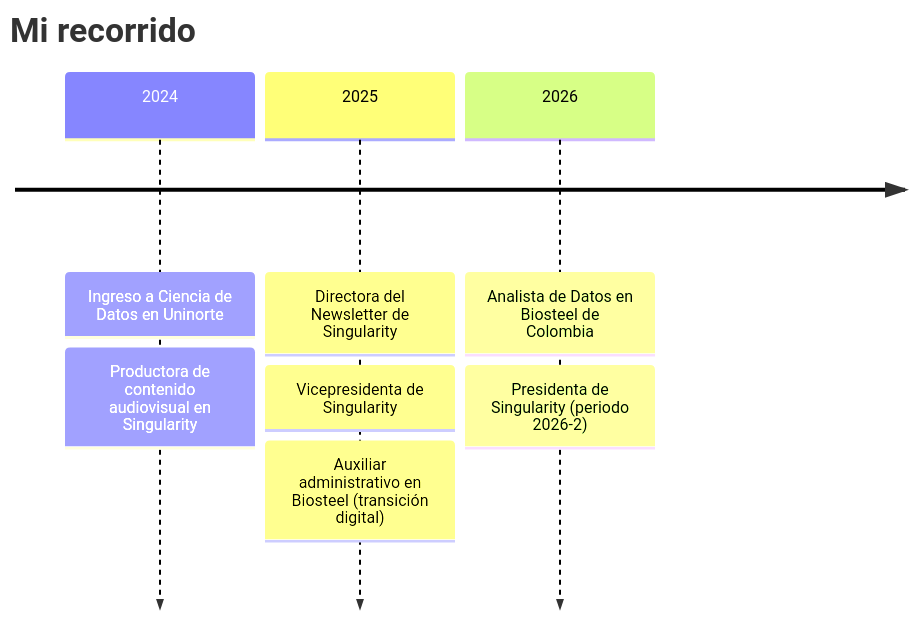
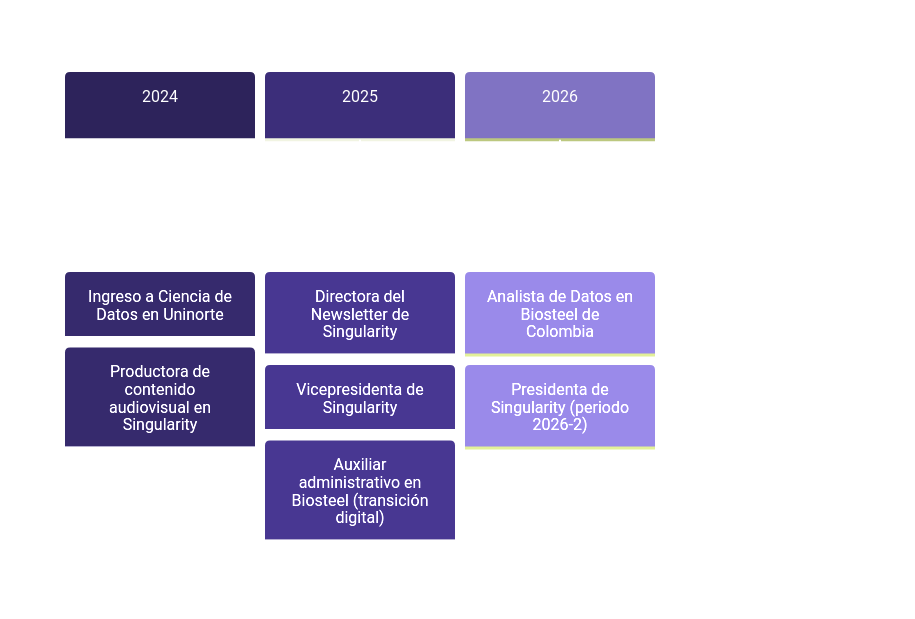
One commit to valeriaflorezs/valeriaflorezs changed the diagram in README.md. Above: the diagram before and after it, drawn with Mermaid. The commit also changed other lines of this file and 10 other files, not shown here.

````diff
--- a/README.md
+++ b/README.md
@@ -153,11 +165,12 @@
 ```mermaid
+%%{init: {'theme':'base','themeVariables':{'primaryColor':'#3C2E7A','primaryTextColor':'#FFFFFF','primaryBorderColor':'#8073C3','lineColor':'#A594F1','secondaryColor':'#8073C3','tertiaryColor':'#F4E8C1','cScale0':'#2D235B','cScale1':'#3C2E7A','cScale2':'#8073C3','cScaleLabel0':'#FFFFFF','cScaleLabel1':'#FFFFFF','cScaleLabel2':'#FFFFFF'}}}%%
 timeline
     title Mi recorrido
     2024 : Ingreso a Ciencia de Datos en Uninorte
          : Productora de contenido audiovisual en Singularity
     2025 : Directora del Newsletter de Singularity
          : Vicepresidenta de Singularity
          : Auxiliar administrativo en Biosteel (transición digital)
     2026 : Analista de Datos en Biosteel de Colombia
          : Presidenta de Singularity (periodo 2026-2)
 ```
````
